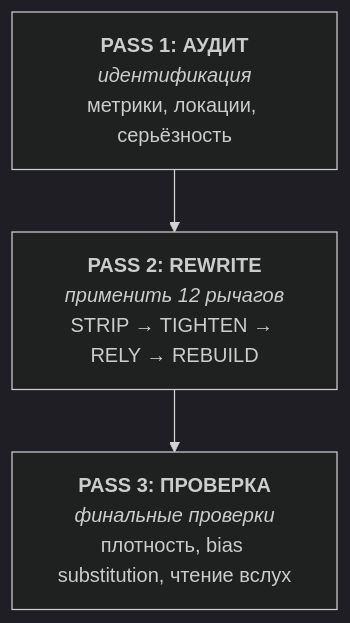
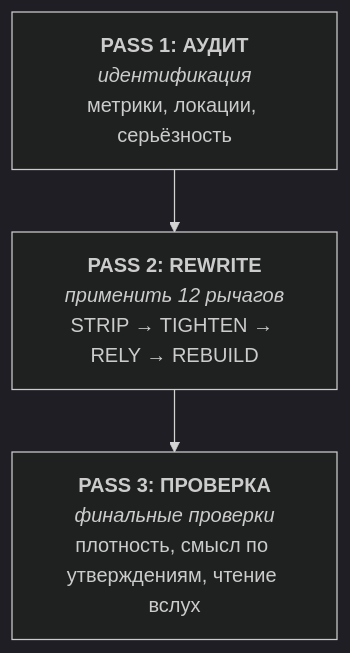
The diagram in docs/ru/skills-overview.md (11111000000/agents-writing-skills), drawn with Mermaid (dark theme) before and after one commit. The commit also changed other lines of this file and 33 other files, not shown here.

````diff
--- a/docs/ru/skills-overview.md
+++ b/docs/ru/skills-overview.md
@@ -29,5 +54,5 @@
 ```mermaid
 flowchart TB
     A["<b>PASS 1: АУДИТ</b><br/><i>идентификация</i><br/>метрики, локации, серьёзность"] --> B["<b>PASS 2: REWRITE</b><br/><i>применить 12 рычагов</i><br/>STRIP → TIGHTEN → RELY → REBUILD"]
-    B --> C["<b>PASS 3: ПРОВЕРКА</b><br/><i>финальные проверки</i><br/>плотность, bias substitution, чтение вслух"]
+    B --> C["<b>PASS 3: ПРОВЕРКА</b><br/><i>финальные проверки</i><br/>плотность, смысл по утверждениям, чтение вслух"]
 ```
````
